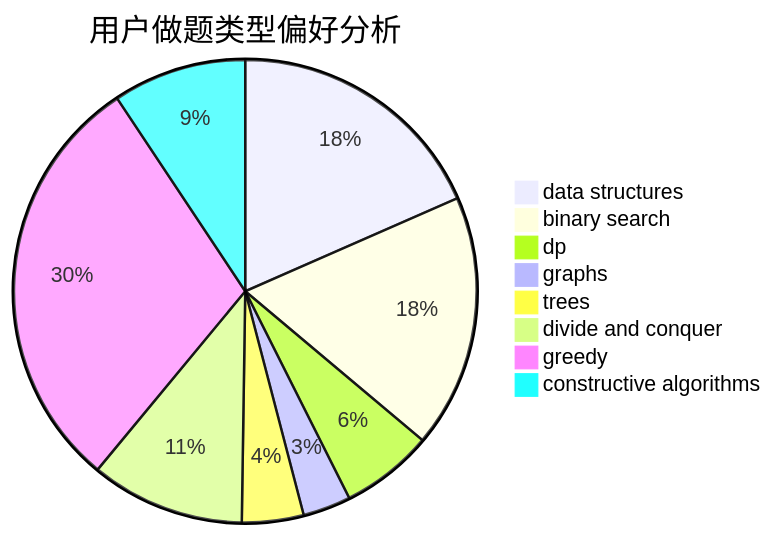
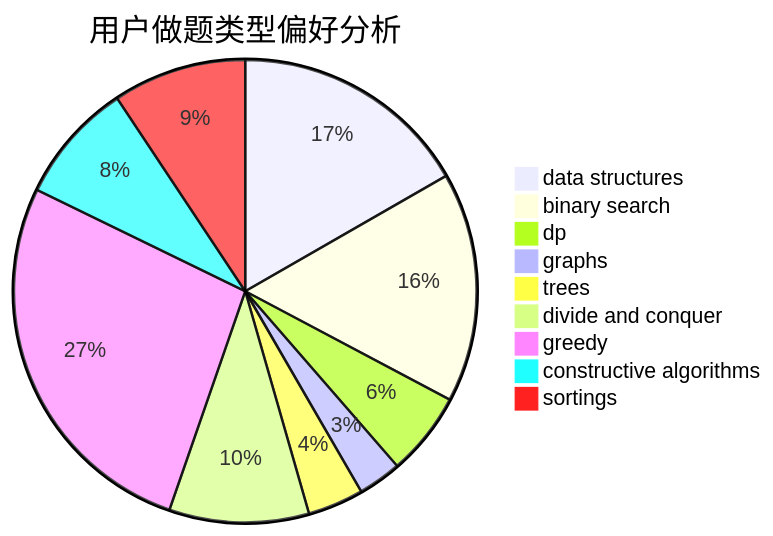
The second of 3 diagrams in docs/user/u448.md (sherpahu/cfrs.github.io), drawn with Mermaid before and after one commit. The commit also changed other lines of this file and 2769 other files, not shown here.

````diff
--- a/docs/user/u448.md
+++ b/docs/user/u448.md
@@ -23,11 +18,12 @@
 ```mermaid
 pie title 用户做题类型偏好分析
     "data structures" :  77
     "binary search" :  74
     "dp" :  27
     "graphs" :  14
     "trees" :  18
     "divide and conquer" :  45
     "greedy" :  124
     "constructive algorithms" :  39
+    "sortings" :  43
 ```
````
